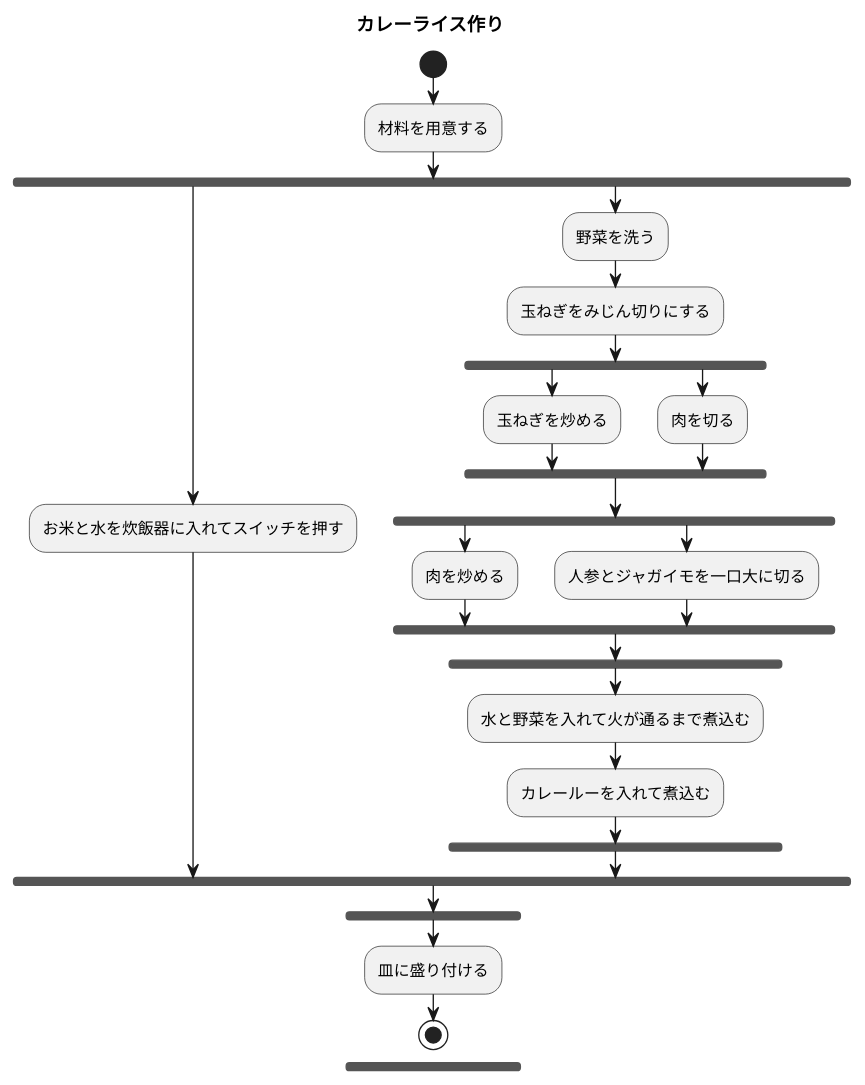
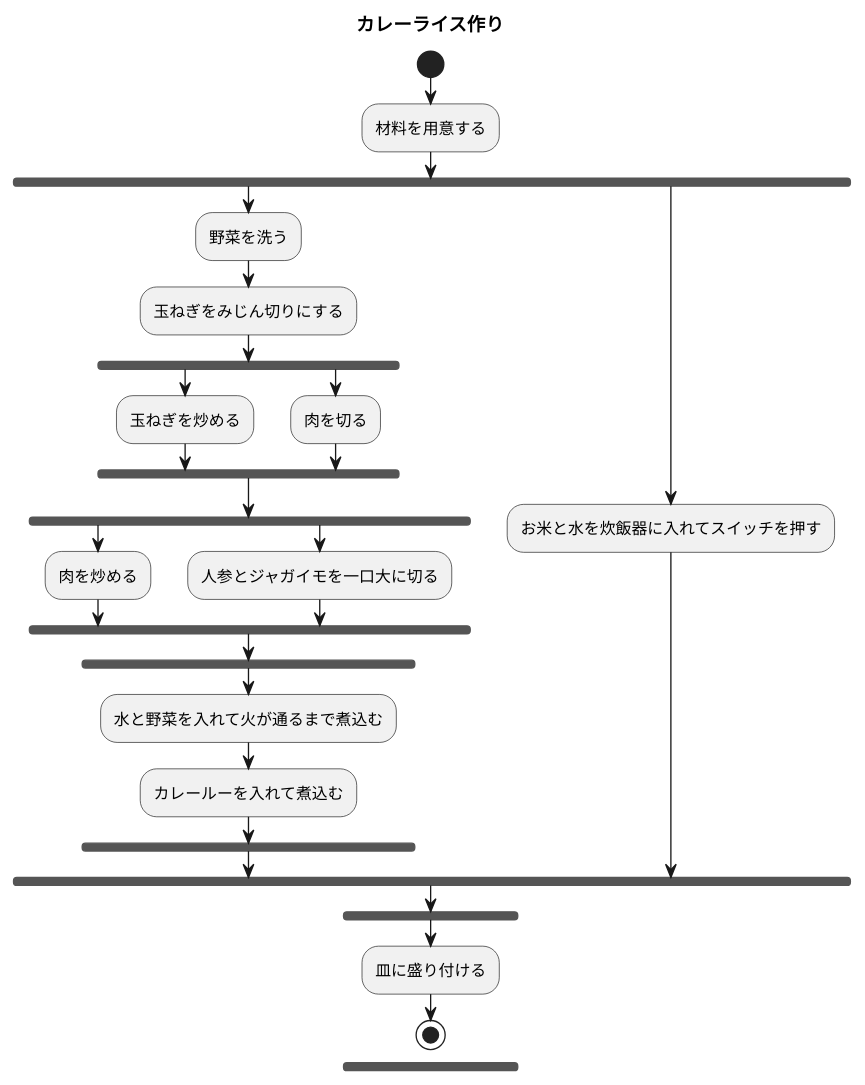
One commit to Sreia1129/uml-introduction changed the diagram in 7章/7章練習_ACカレーライス.pu. Above: the diagram before and after it, drawn with PlantUML. The commit also changed other lines of this file, not shown here.

```diff
--- a/7章/7章練習_ACカレーライス.pu
+++ b/7章/7章練習_ACカレーライス.pu
@@ -1,28 +1,28 @@
 @startuml カレーライス作り
 title カレーライス作り
 start
 :材料を用意する;
 fork 
-:お米と水を炊飯器に入れてスイッチを押す;
-fork again
 :野菜を洗う;
 :玉ねぎをみじん切りにする;
 fork
 :玉ねぎを炒める;
 fork again
 :肉を切る;
 end fork
 fork
 :肉を炒める;
 fork again
 :人参とジャガイモを一口大に切る;
 end fork
 fork
 :水と野菜を入れて火が通るまで煮込む;
 :カレールーを入れて煮込む;
 end fork
+fork again
+:お米と水を炊飯器に入れてスイッチを押す;
 end fork
 fork 
 :皿に盛り付ける;
 stop
 @enduml
```
